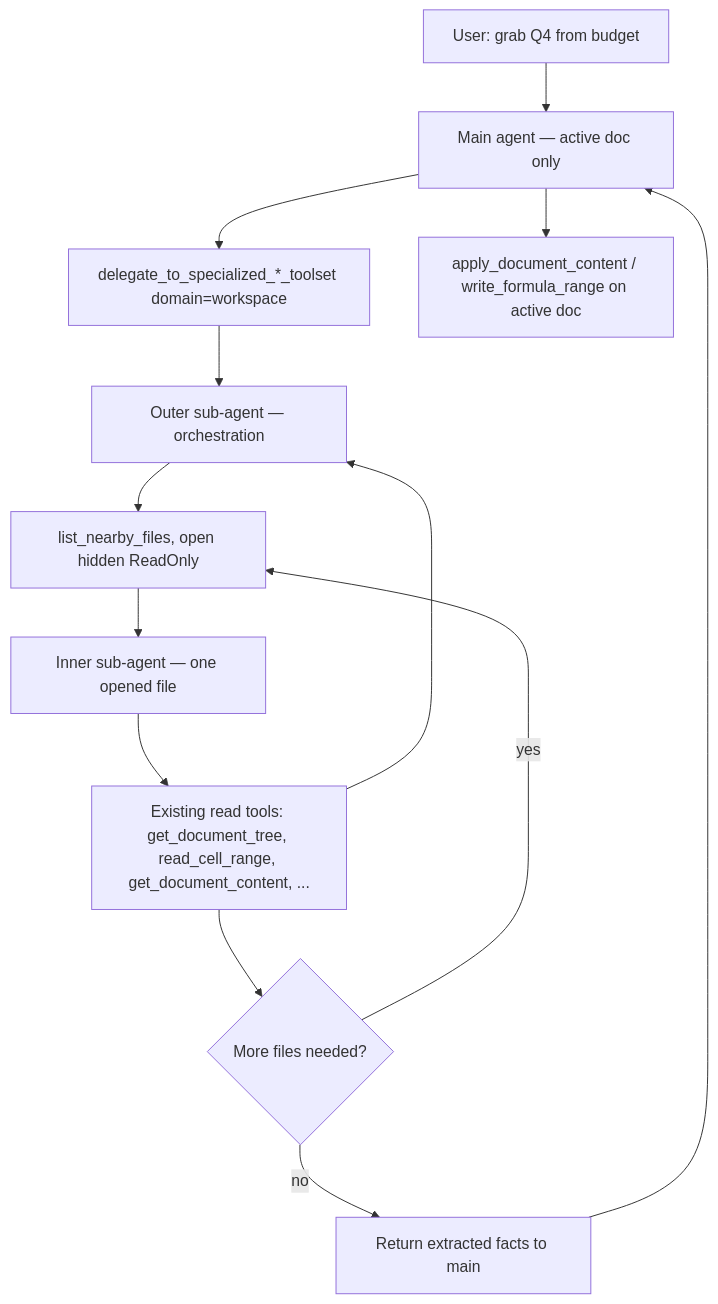
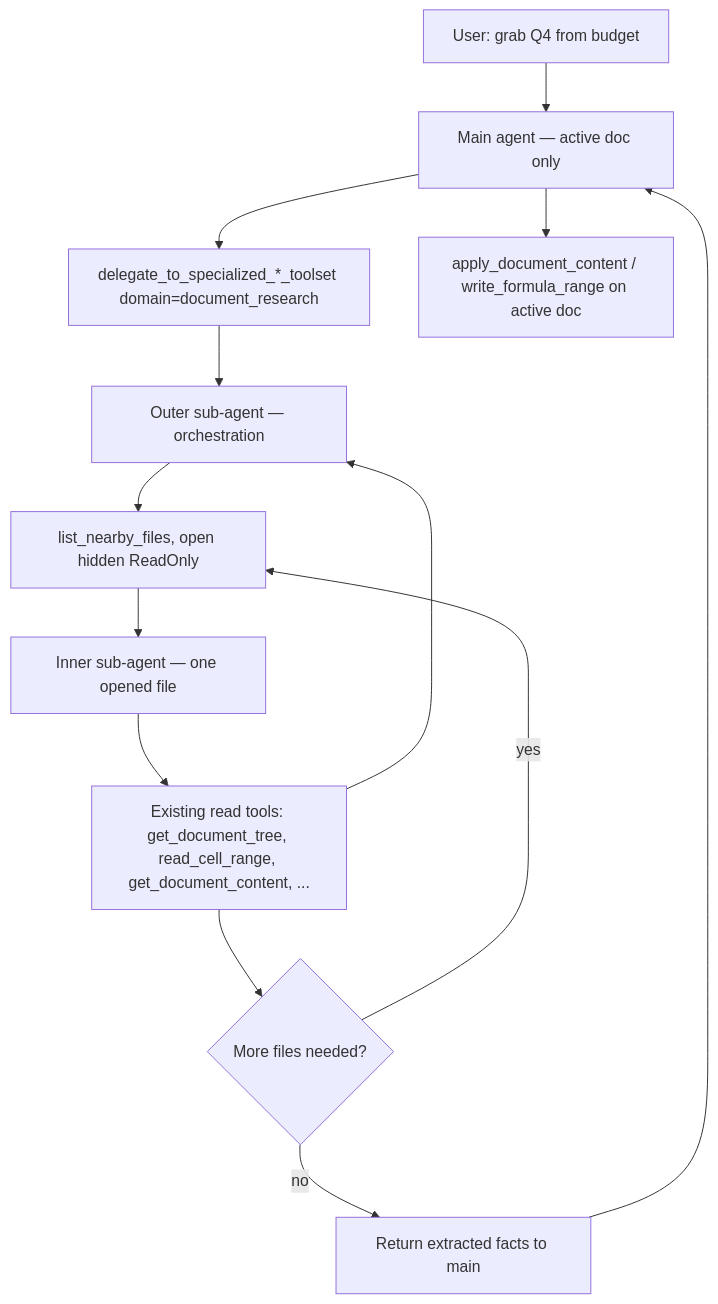
The second of 3 diagrams in docs/multi-document-dev-plan.md (KeithCu/writeragent), drawn with Mermaid before and after one commit. The commit also changed other lines of this file and 1 other file, not shown here.

Commit message:
Update documentation for enabling NumPy in LibreOffice: clarify scalar and multi-cell formula usage, and adjust terminology from 'workspace' to 'document_research'. Enhance examples for better understanding of Python return structures in Calc.

````diff
--- a/docs/multi-document-dev-plan.md
+++ b/docs/multi-document-dev-plan.md
@@ -99,22 +99,22 @@
 ```mermaid
 flowchart TD
     UserMsg["User: grab Q4 from budget"]
     MainAgent["Main agent — active doc only"]
-    Delegate["delegate_to_specialized_*_toolset domain=workspace"]
+    Delegate["delegate_to_specialized_*_toolset domain=document_research"]
     Outer["Outer sub-agent — orchestration"]
     ListOpen["list_nearby_files, open hidden ReadOnly"]
     Inner["Inner sub-agent — one opened file"]
     ReadTools["Existing read tools: get_document_tree, read_cell_range, get_document_content, ..."]
     MoreFiles{"More files needed?"}
     OuterReturn["Return extracted facts to main"]
     WriteActive["apply_document_content / write_formula_range on active doc"]
 
     UserMsg --> MainAgent
     MainAgent --> Delegate --> Outer
     Outer --> ListOpen --> Inner
     Inner --> ReadTools --> Outer
     ReadTools --> MoreFiles
     MoreFiles -->|yes| ListOpen
     MoreFiles -->|no| OuterReturn --> MainAgent
     MainAgent --> WriteActive
 ```
````
